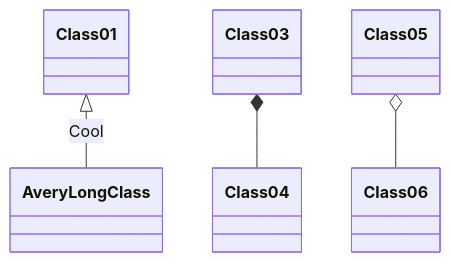
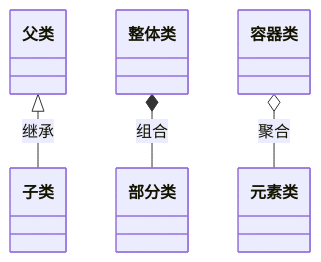
The fourth of 6 diagrams in note/markdown/markdown.md (ivfzhou/my_learning_code), drawn with Mermaid before and after one commit.

Commit message:
Update Mermaid class diagram with Chinese labels

````diff
--- a/note/markdown/markdown.md
+++ b/note/markdown/markdown.md
@@ -173,6 +173,6 @@
 ```mermaid
 classDiagram
-    Class01 <|-- AveryLongClass : Cool
-    Class03 *-- Class04
-    Class05 o-- Class06
+    父类 <|-- 子类 : 继承
+    整体类 *-- 部分类 : 组合
+    容器类 o-- 元素类 : 聚合
 ```
````
